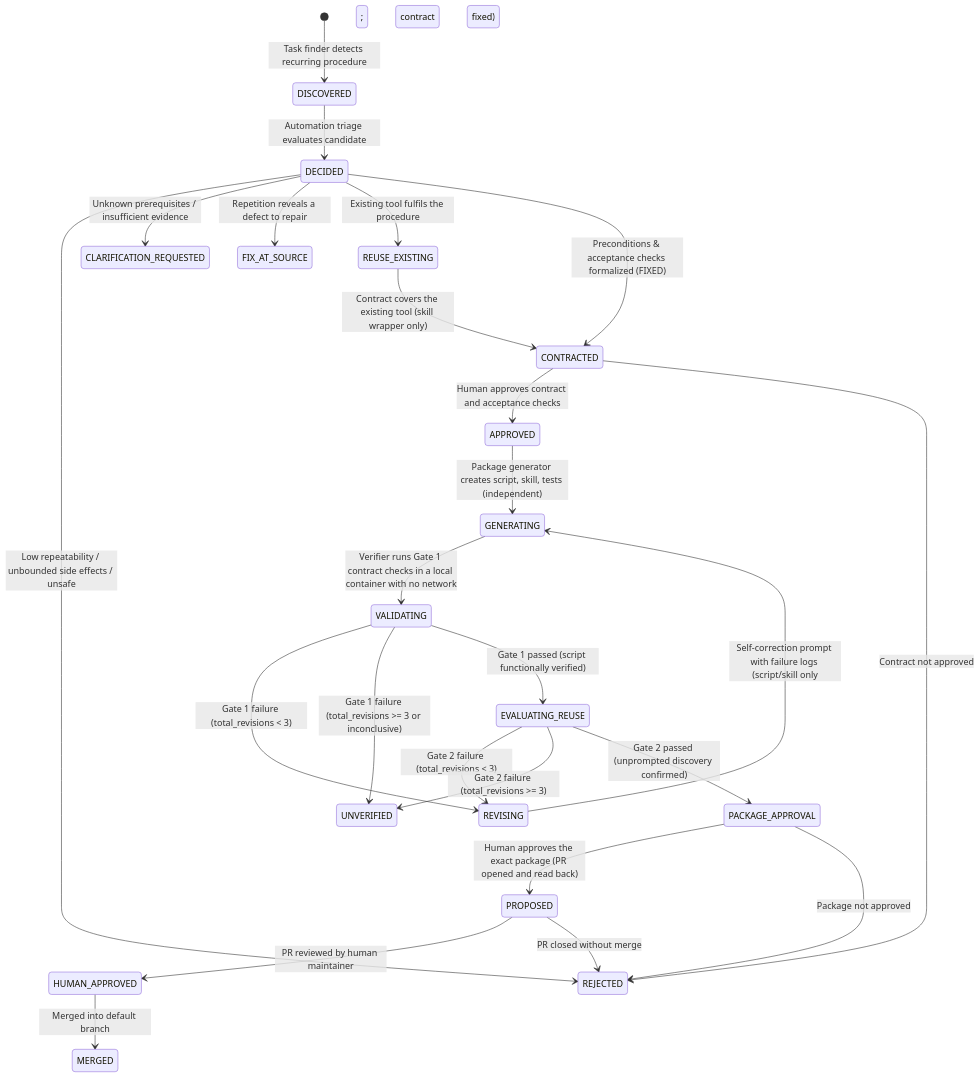
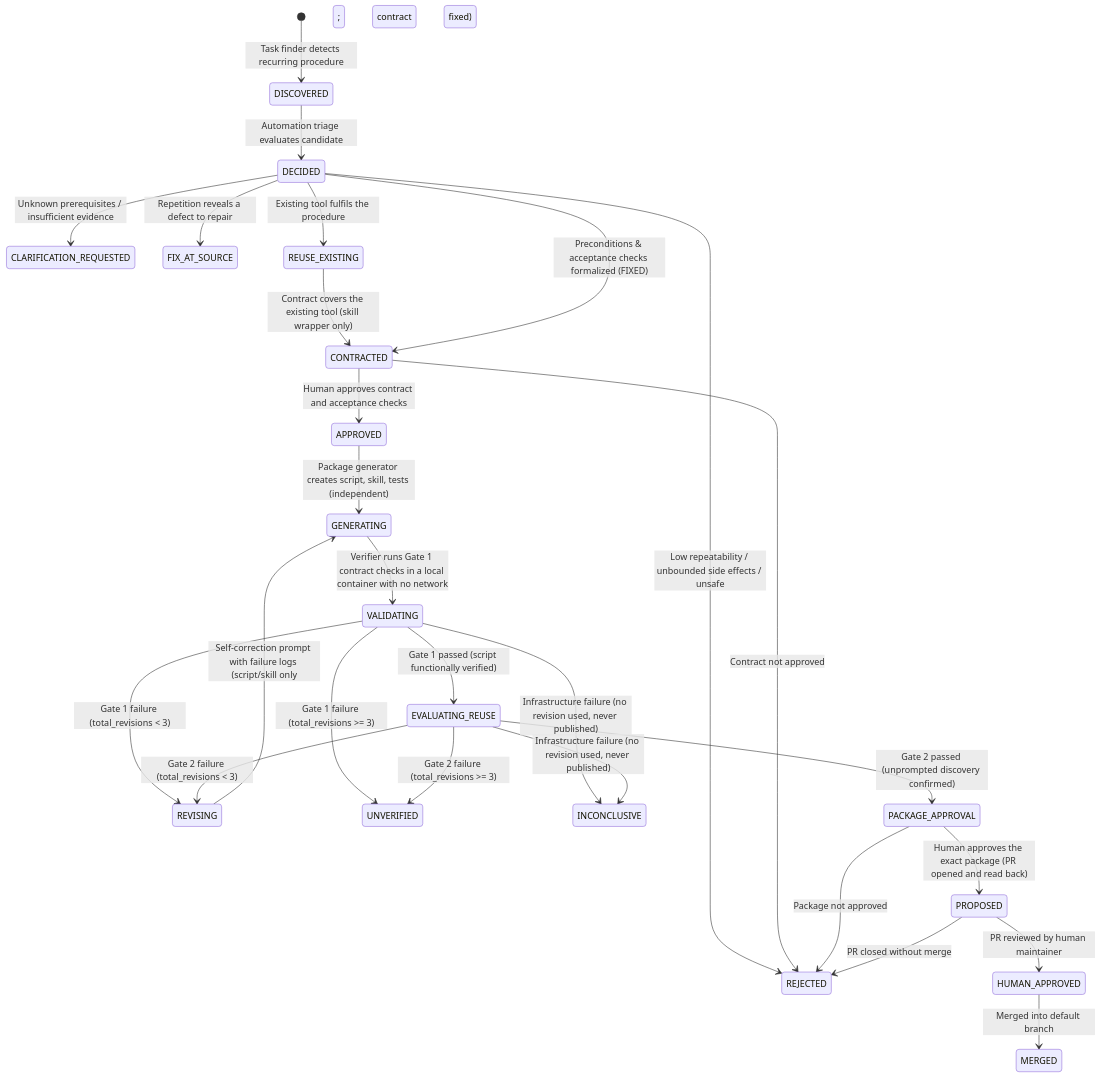
The second of 2 diagrams in docs/architecture/ARCHITECTURE.md (gcpuser1/maga-hackathon), drawn with Mermaid before and after one commit. The commit also changed other lines of this file, not shown here.

````diff
--- a/docs/architecture/ARCHITECTURE.md
+++ b/docs/architecture/ARCHITECTURE.md
@@ -245,35 +246,37 @@
 ```mermaid
 stateDiagram-v2
     [*] --> DISCOVERED: Task finder detects recurring procedure
     DISCOVERED --> DECIDED: Automation triage evaluates candidate
     
     DECIDED --> REJECTED: Low repeatability / unbounded side effects / unsafe
     DECIDED --> CLARIFICATION_REQUESTED: Unknown prerequisites / insufficient evidence
     DECIDED --> FIX_AT_SOURCE: Repetition reveals a defect to repair
     DECIDED --> REUSE_EXISTING: Existing tool fulfils the procedure
     REUSE_EXISTING --> CONTRACTED: Contract covers the existing tool (skill wrapper only)
     DECIDED --> CONTRACTED: Preconditions & acceptance checks formalized (FIXED)
     
     CONTRACTED --> APPROVED: Human approves contract and acceptance checks
     CONTRACTED --> REJECTED: Contract not approved
     APPROVED --> GENERATING: Package generator creates script, skill, tests (independent)
     GENERATING --> VALIDATING: Verifier runs Gate 1 contract checks in a local container with no network
     
     VALIDATING --> REVISING: Gate 1 failure (total_revisions < 3)
-    VALIDATING --> UNVERIFIED: Gate 1 failure (total_revisions >= 3 or inconclusive)
+    VALIDATING --> UNVERIFIED: Gate 1 failure (total_revisions >= 3)
+    VALIDATING --> INCONCLUSIVE: Infrastructure failure (no revision used, never published)
     
     VALIDATING --> EVALUATING_REUSE: Gate 1 passed (script functionally verified)
     
     EVALUATING_REUSE --> REVISING: Gate 2 failure (total_revisions < 3)
     EVALUATING_REUSE --> UNVERIFIED: Gate 2 failure (total_revisions >= 3)
+    EVALUATING_REUSE --> INCONCLUSIVE: Infrastructure failure (no revision used, never published)
     
     REVISING --> GENERATING: Self-correction prompt with failure logs (script/skill only; contract fixed)
     
     EVALUATING_REUSE --> PACKAGE_APPROVAL: Gate 2 passed (unprompted discovery confirmed)
     PACKAGE_APPROVAL --> PROPOSED: Human approves the exact package (PR opened and read back)
     PACKAGE_APPROVAL --> REJECTED: Package not approved
     
     PROPOSED --> HUMAN_APPROVED: PR reviewed by human maintainer
     PROPOSED --> REJECTED: PR closed without merge
     HUMAN_APPROVED --> MERGED: Merged into default branch
 ```
````
